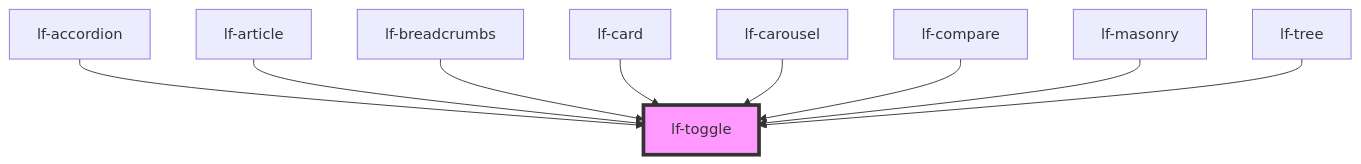
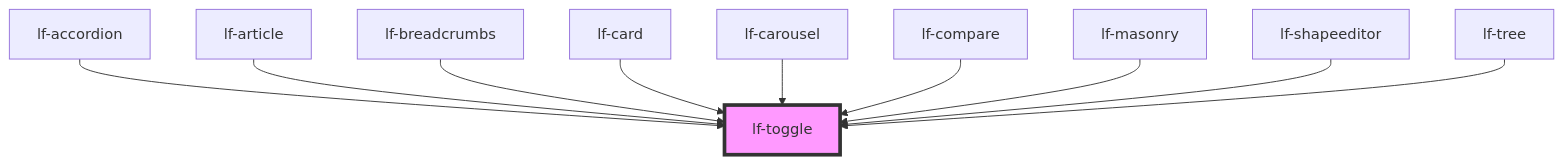
The diagram in packages/core/src/components/lf-toggle/readme.md (lucafoscili/lf-widgets), drawn with Mermaid before and after one commit. The commit also changed other lines of this file and 27 other files, not shown here.

````diff
--- a/packages/core/src/components/lf-toggle/readme.md
+++ b/packages/core/src/components/lf-toggle/readme.md
@@ -147,12 +148,13 @@
 ```mermaid
 graph TD;
   lf-accordion --> lf-toggle
   lf-article --> lf-toggle
   lf-breadcrumbs --> lf-toggle
   lf-card --> lf-toggle
   lf-carousel --> lf-toggle
   lf-compare --> lf-toggle
   lf-masonry --> lf-toggle
+  lf-shapeeditor --> lf-toggle
   lf-tree --> lf-toggle
   style lf-toggle fill:#f9f,stroke:#333,stroke-width:4px
 ```
````
